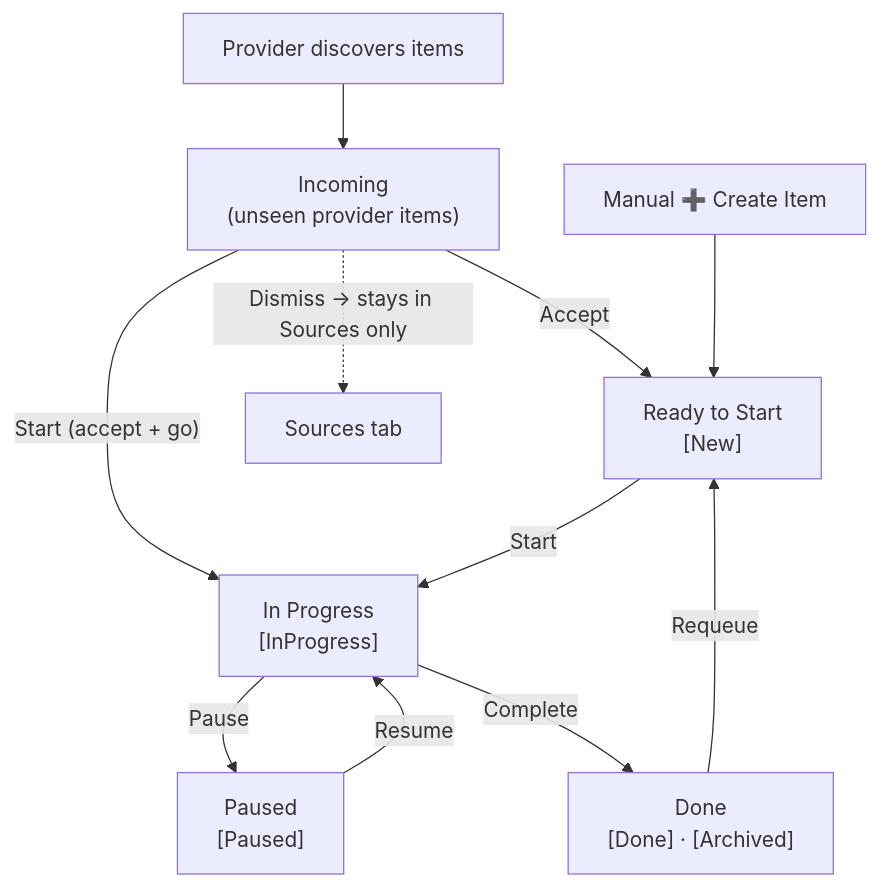
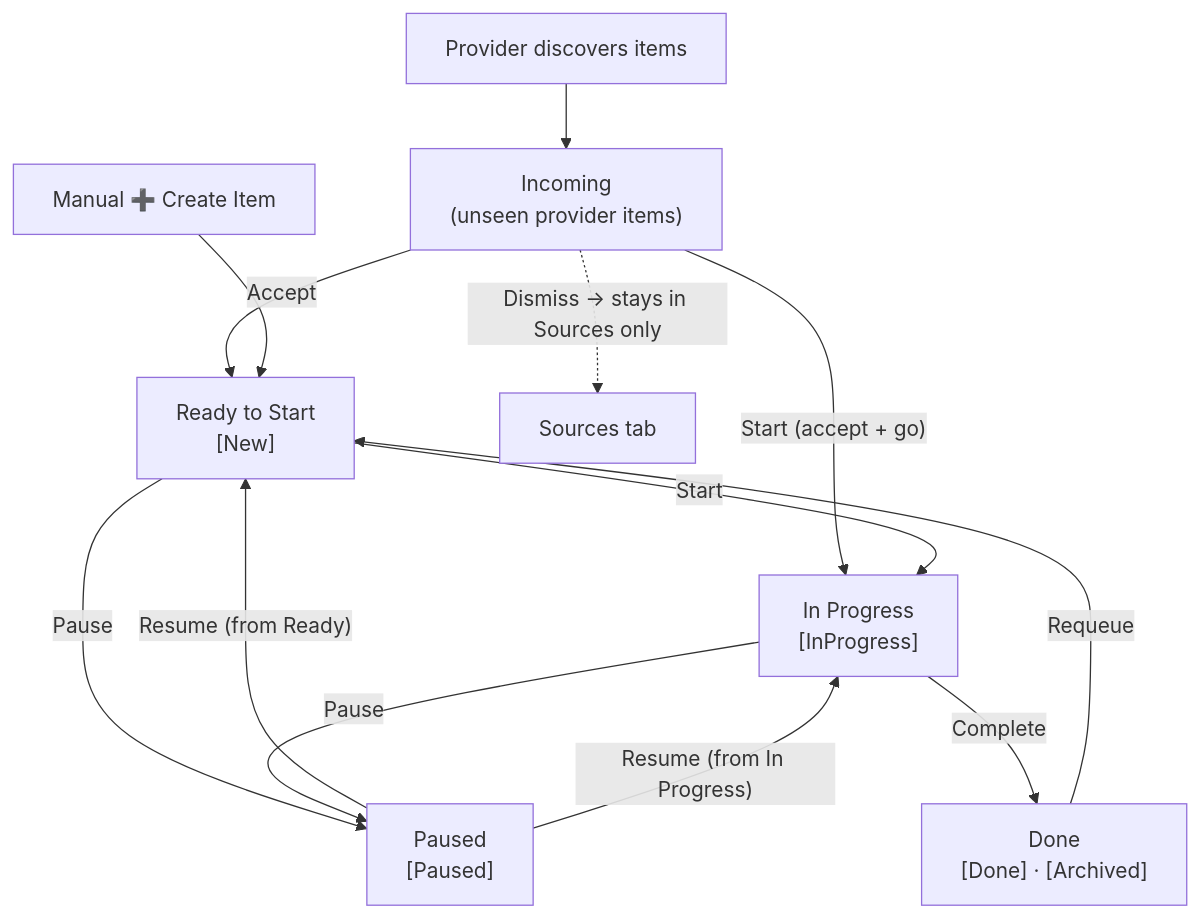
One commit to devdocket/devdocket changed the diagram in docs/ux-guide.md. Above: the diagram before and after it, drawn with Mermaid. The commit also changed other lines of this file and 11 other files, not shown here.

````diff
--- a/docs/ux-guide.md
+++ b/docs/ux-guide.md
@@ -117,18 +117,20 @@
 ```mermaid
 flowchart TD
     P["Provider discovers items"] --> Inbox
     Inbox["Incoming<br/>(unseen provider items)"]
     Inbox -- Accept --> Ready
     Inbox -- "Start (accept + go)" --> InProgress
     Inbox -. "Dismiss → stays in Sources only" .-> Sources["Sources tab"]
     Manual["Manual ➕ Create Item"] --> Ready
     Ready["Ready to Start<br/>[New]"]
     Ready -- Start --> InProgress
+    Ready -- Pause --> Paused
     InProgress["In Progress<br/>[InProgress]"]
     InProgress -- Pause --> Paused
     Paused["Paused<br/>[Paused]"]
-    Paused -- Resume --> InProgress
+    Paused -- "Resume (from Ready)" --> Ready
+    Paused -- "Resume (from In Progress)" --> InProgress
     InProgress -- Complete --> Done
     Done["Done<br/>[Done] · [Archived]"]
     Done -- Requeue --> Ready
 ```
````
